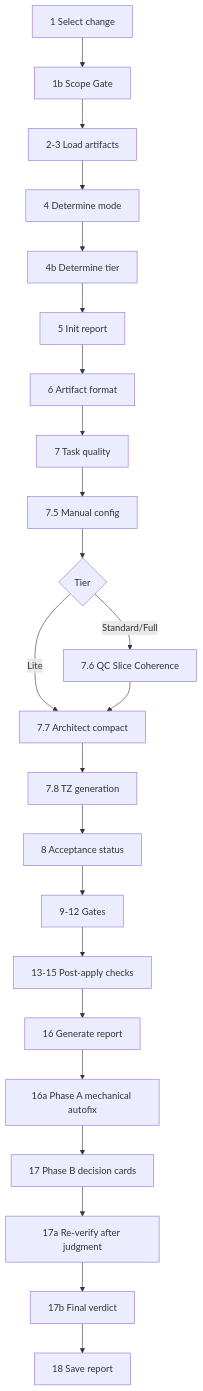
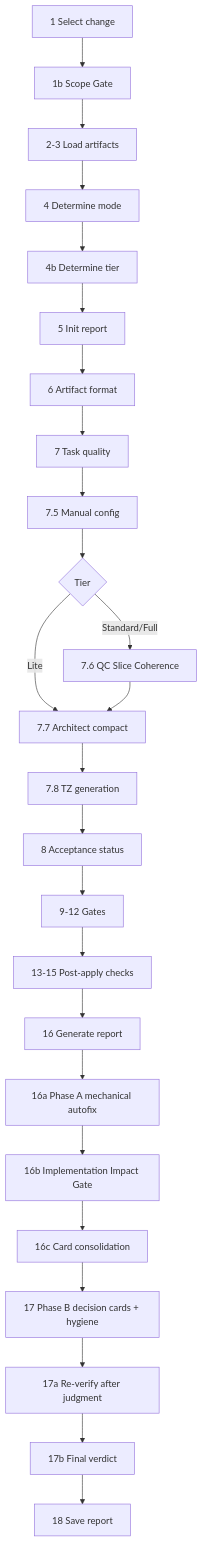
Before and after one commit to Borisov-Ivan/1c-ai-development-kit-van: the diagram in .cursor/skills/openspec-verify-change/SKILL.md, drawn with Mermaid. The commit also changed other lines of this file and 6 other files, not shown here.

````diff
--- a/.cursor/skills/openspec-verify-change/SKILL.md
+++ b/.cursor/skills/openspec-verify-change/SKILL.md
@@ -24,25 +24,27 @@
 ```mermaid
 flowchart TD
   A[1 Select change] --> B[1b Scope Gate]
   B --> C[2-3 Load artifacts]
   C --> D[4 Determine mode]
   D --> E[4b Determine tier]
   E --> F[5 Init report]
   F --> G[6 Artifact format]
   G --> H[7 Task quality]
   H --> I[7.5 Manual config]
   I --> J{Tier}
   J -- Lite --> M[7.7 Architect compact]
   J -- Standard/Full --> K[7.6 QC Slice Coherence]
   K --> M
   M --> N[7.8 TZ generation]
   N --> O[8 Acceptance status]
   O --> P[9-12 Gates]
   P --> Q[13-15 Post-apply checks]
   Q --> R[16 Generate report]
   R --> S[16a Phase A mechanical autofix]
-  S --> T[17 Phase B decision cards]
+  S --> S1[16b Implementation Impact Gate]
+  S1 --> S2[16c Card consolidation]
+  S2 --> T[17 Phase B decision cards + hygiene]
   T --> U[17a Re-verify after judgment]
   U --> V[17b Final verdict]
   V --> W[18 Save report]
 ```
````
